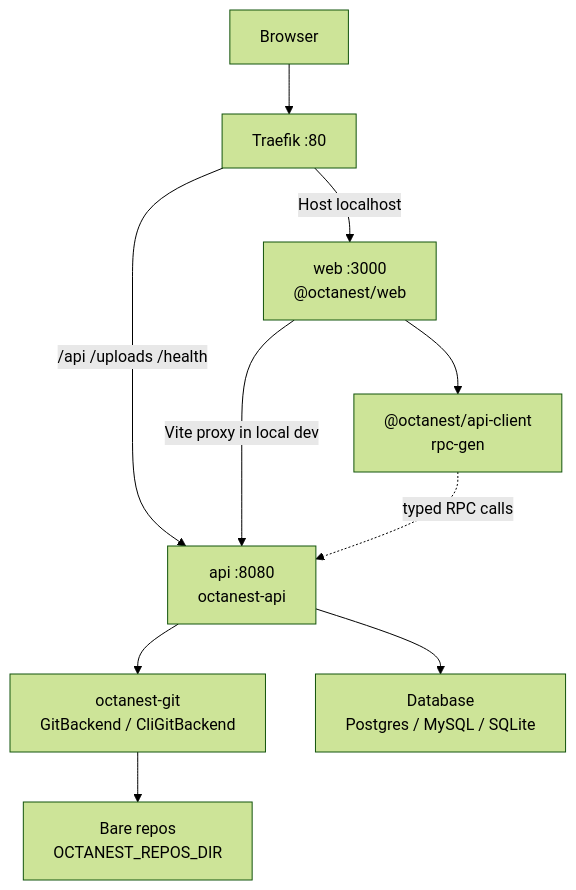
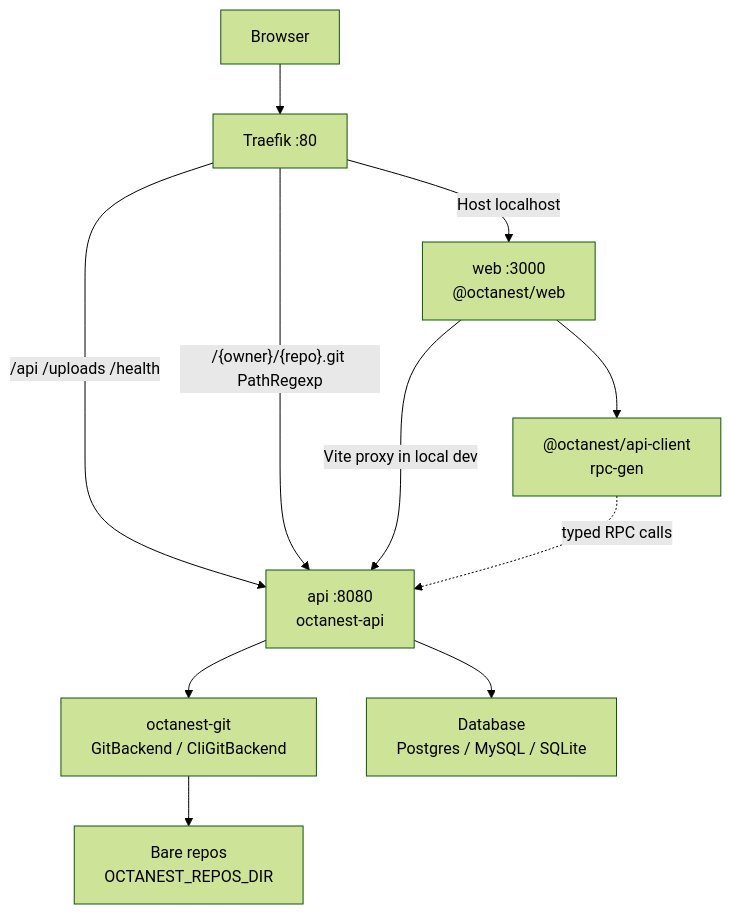
One commit to Octanest-Git/Octanest changed the diagram in docs/ARCHITECTURE.md. Above: the diagram before and after it, drawn with Mermaid (forest theme). The commit also changed other lines of this file and 1 other file, not shown here.

````diff
--- a/docs/ARCHITECTURE.md
+++ b/docs/ARCHITECTURE.md
@@ -10,21 +10,22 @@
 ```mermaid
 graph TD
   Browser["Browser"]
   Traefik["Traefik :80"]
   Web["web :3000<br/>@octanest/web"]
   Api["api :8080<br/>octanest-api"]
   Git["octanest-git<br/>GitBackend / CliGitBackend"]
   Repos["Bare repos<br/>OCTANEST_REPOS_DIR"]
   Db["Database<br/>Postgres / MySQL / SQLite"]
   Client["@octanest/api-client<br/>rpc-gen"]
 
   Browser --> Traefik
   Traefik -->|"Host localhost"| Web
   Traefik -->|"/api /uploads /health"| Api
+  Traefik -->|"/{owner}/{repo}.git PathRegexp"| Api
   Web -->|"Vite proxy in local dev"| Api
   Client -.->|"typed RPC calls"| Api
   Web --> Client
   Api --> Db
   Api --> Git
   Git --> Repos
 ```
````
